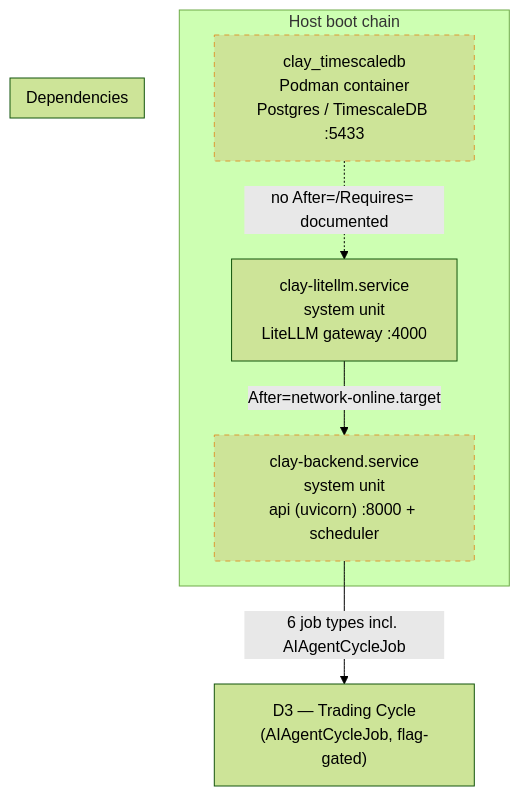
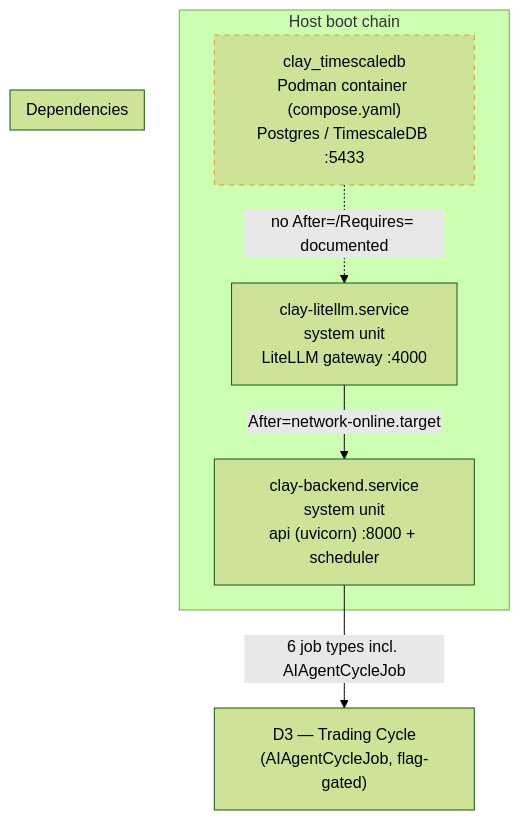
The diagram in docs/architecture-maps/systemd-boot.md (newvogue-labs/clay), drawn with Mermaid (forest theme) before and after one commit. The commit also changed other lines of this file and 2 other files, not shown here.

````diff
--- a/docs/architecture-maps/systemd-boot.md
+++ b/docs/architecture-maps/systemd-boot.md
@@ -10,20 +3,19 @@
 ```mermaid
 graph TD
     subgraph "Host boot chain"
-        TS["clay_timescaledb<br/>Podman container<br/>Postgres / TimescaleDB :5433"]
+        TS["clay_timescaledb<br/>Podman container (compose.yaml)<br/>Postgres / TimescaleDB :5433"]
         LL["clay-litellm.service<br/>system unit<br/>LiteLLM gateway :4000"]
         BK["clay-backend.service<br/>system unit<br/>api (uvicorn) :8000 + scheduler"]
     end
 
     subgraph "Dependencies"
         TS -.->|no After=/Requires= documented| LL
         LL -->|"After=network-online.target"| BK
     end
 
     BK -->|"6 job types incl. AIAgentCycleJob"| D3
 
     D3["D3 — Trading Cycle<br/>(AIAgentCycleJob, flag-gated)"]
 
     style TS stroke:#d93,stroke-dasharray: 5 5
-    style BK stroke:#d93,stroke-dasharray: 5 5
 ```
````
